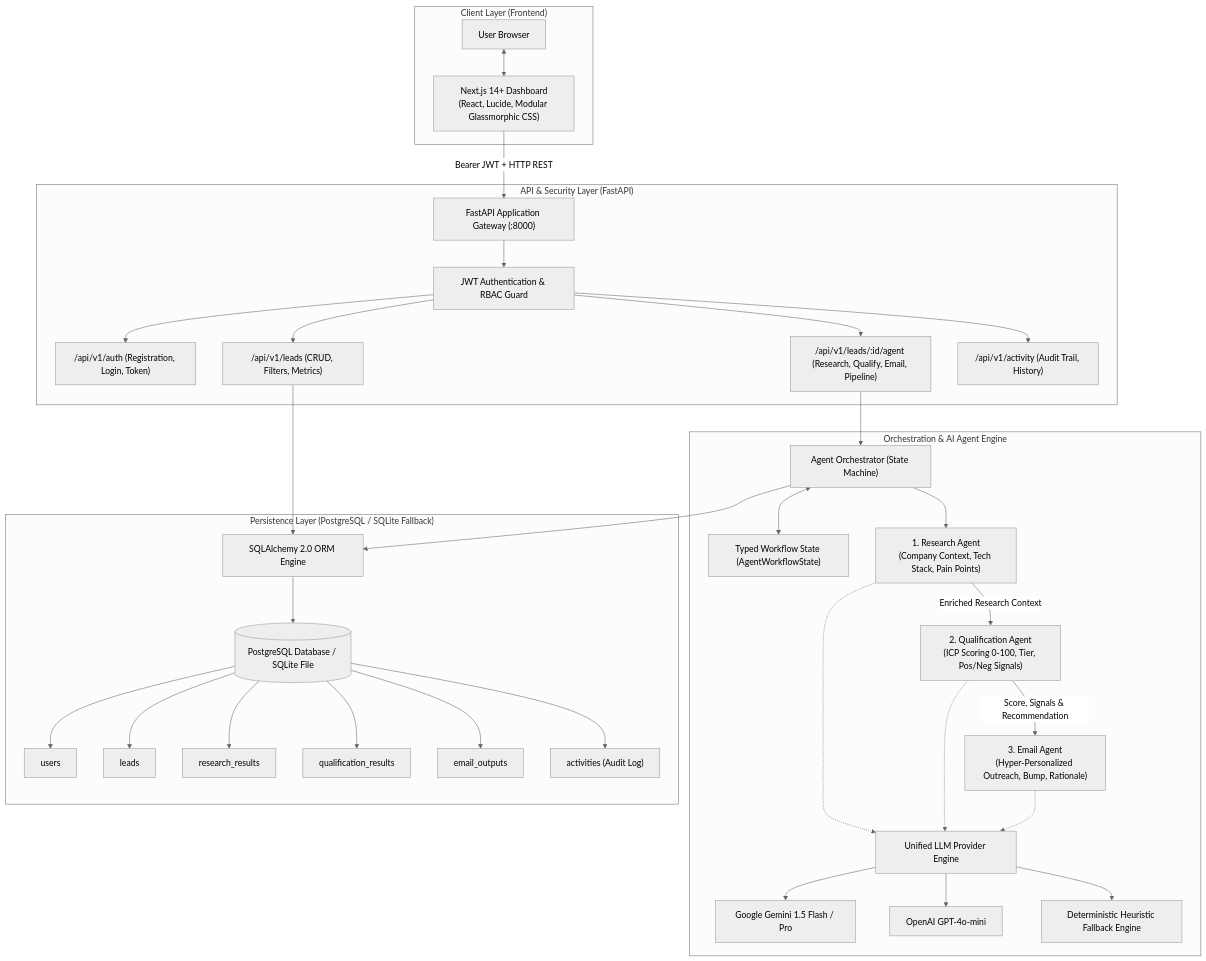
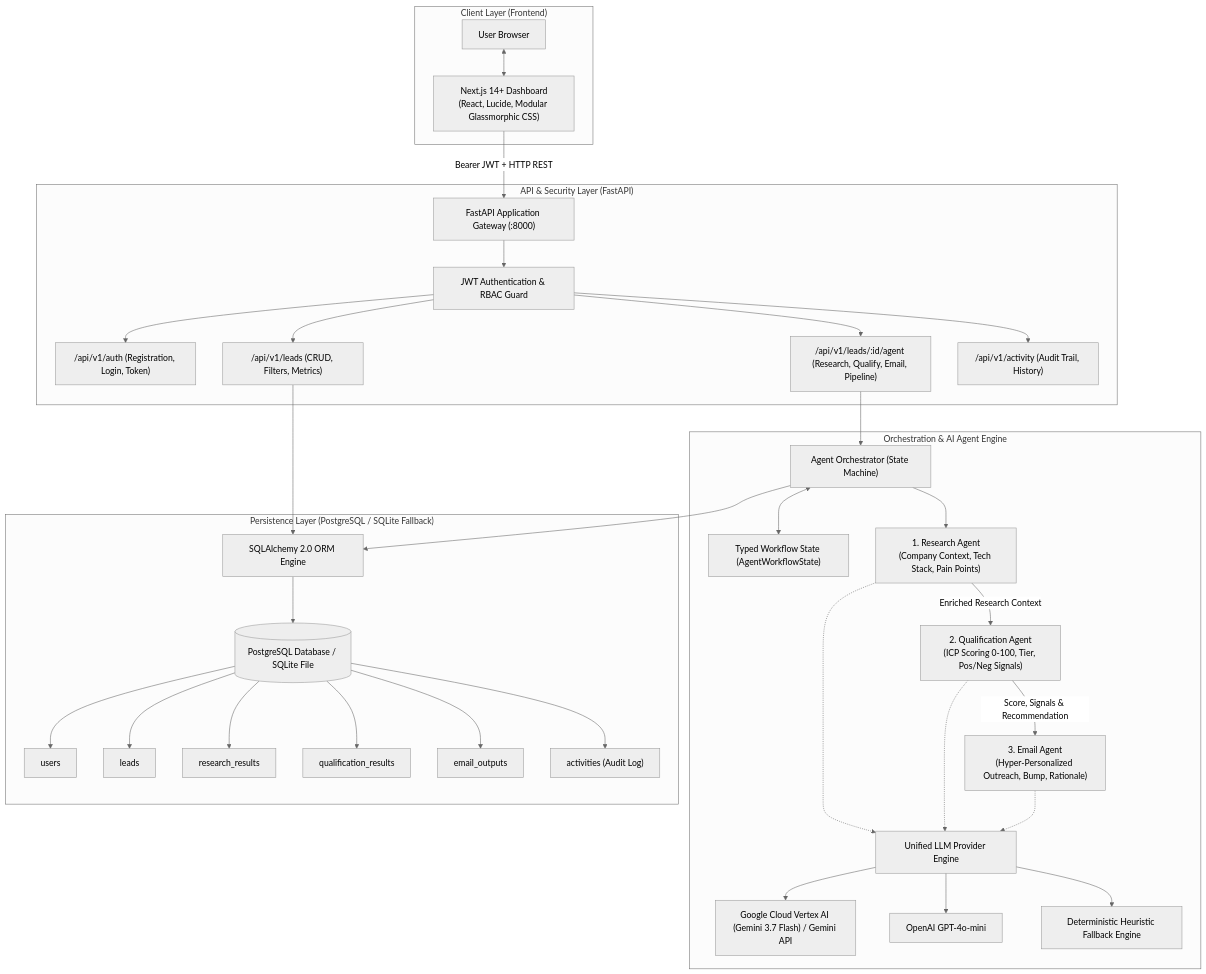
The first of 3 diagrams in docs/architecture.md (Areeb455/nexus_ai_sdr), drawn with Mermaid (neutral theme) before and after one commit. The commit also changed 1 other file, not shown here.

Commit message:
docs: align README with internship submission checklist and update architecture to Gemini 3.7 Flash

````diff
--- a/docs/architecture.md
+++ b/docs/architecture.md
@@ -5,74 +5,74 @@
 ```mermaid
 graph TB
     subgraph "Client Layer (Frontend)"
         Browser["User Browser"]
         NextApp["Next.js 14+ Dashboard<br/>(React, Lucide, Modular Glassmorphic CSS)"]
         Browser <--> NextApp
     end
 
     subgraph "API & Security Layer (FastAPI)"
         FastAPIServer["FastAPI Application Gateway (:8000)"]
         AuthMiddleware["JWT Authentication & RBAC Guard"]
         RouterAuth["/api/v1/auth (Registration, Login, Token)"]
         RouterLeads["/api/v1/leads (CRUD, Filters, Metrics)"]
         RouterAgents["/api/v1/leads/:id/agent (Research, Qualify, Email, Pipeline)"]
         RouterActivity["/api/v1/activity (Audit Trail, History)"]
         
         NextApp -->|Bearer JWT + HTTP REST| FastAPIServer
         FastAPIServer --> AuthMiddleware
         AuthMiddleware --> RouterAuth
         AuthMiddleware --> RouterLeads
         AuthMiddleware --> RouterAgents
         AuthMiddleware --> RouterActivity
     end
 
     subgraph "Orchestration & AI Agent Engine"
         Orchestrator["Agent Orchestrator (State Machine)"]
         State["Typed Workflow State (AgentWorkflowState)"]
         
         Agent1["1. Research Agent<br/>(Company Context, Tech Stack, Pain Points)"]
         Agent2["2. Qualification Agent<br/>(ICP Scoring 0-100, Tier, Pos/Neg Signals)"]
         Agent3["3. Email Agent<br/>(Hyper-Personalized Outreach, Bump, Rationale)"]
         
         LLMEngine["Unified LLM Provider Engine"]
-        GeminiAPI["Google Gemini 1.5 Flash / Pro"]
+        GeminiAPI["Google Cloud Vertex AI (Gemini 3.7 Flash) / Gemini API"]
         OpenAIAPI["OpenAI GPT-4o-mini"]
         HeuristicAI["Deterministic Heuristic Fallback Engine"]
         
         RouterAgents --> Orchestrator
         Orchestrator <--> State
         Orchestrator --> Agent1
         Agent1 -->|Enriched Research Context| Agent2
         Agent2 -->|Score, Signals & Recommendation| Agent3
         
         Agent1 -.-> LLMEngine
         Agent2 -.-> LLMEngine
         Agent3 -.-> LLMEngine
         
         LLMEngine --> GeminiAPI
         LLMEngine --> OpenAIAPI
         LLMEngine --> HeuristicAI
     end
 
     subgraph "Persistence Layer (PostgreSQL / SQLite Fallback)"
         SQLAlchemy["SQLAlchemy 2.0 ORM Engine"]
         PG[(PostgreSQL Database / SQLite File)]
         
         UsersTable["users"]
         LeadsTable["leads"]
         ResearchTable["research_results"]
         QualTable["qualification_results"]
         EmailTable["email_outputs"]
         ActivityTable["activities (Audit Log)"]
         
         RouterLeads --> SQLAlchemy
         Orchestrator --> SQLAlchemy
         SQLAlchemy --> PG
         PG --> UsersTable
         PG --> LeadsTable
         PG --> ResearchTable
         PG --> QualTable
         PG --> EmailTable
         PG --> ActivityTable
     end
 ```
````
